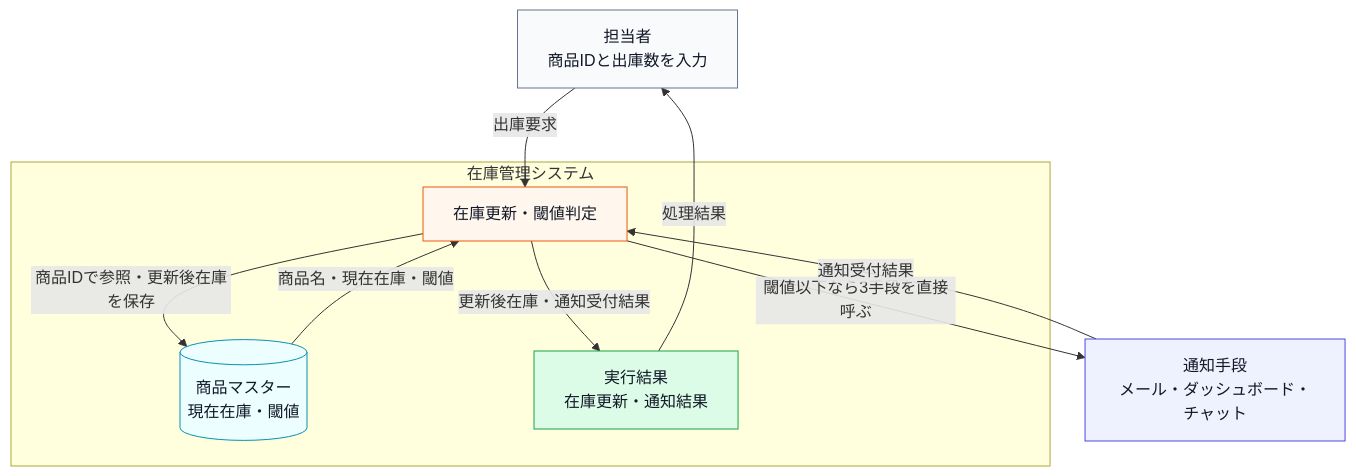
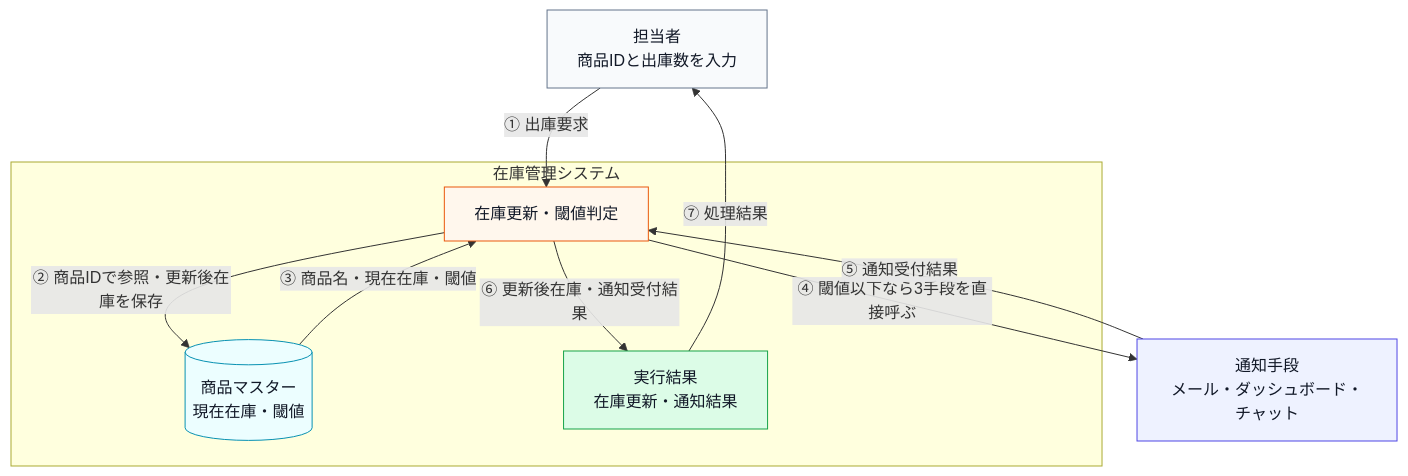
The first of 18 diagrams in kindle/design-patterns/books/volume01-core-patterns/output/05-chapter03.md (kumachan1101-pixel/DesignPattern), drawn with Mermaid before and after one commit. The commit also changed other lines of this file and 17 other files, not shown here.

````diff
--- a/kindle/design-patterns/books/volume01-core-patterns/output/05-chapter03.md
+++ b/kindle/design-patterns/books/volume01-core-patterns/output/05-chapter03.md
@@ -139,28 +140,28 @@
 ```mermaid
 flowchart TB
-    U["担当者<br>商品IDと出庫数を入力"] -->|"出庫要求"| M
+    U["担当者<br>商品IDと出庫数を入力"] -->|"① 出庫要求"| M
 
     subgraph INVENTORY["在庫管理システム"]
         M["在庫更新・閾値判定"]
         P[("商品マスター<br>現在在庫・閾値")]
         R["実行結果<br>在庫更新・通知結果"]
-        M -->|"商品IDで参照・更新後在庫を保存"| P
-        P -->|"商品名・現在在庫・閾値"| M
-        M -->|"更新後在庫・通知受付結果"| R
+        M -->|"② 商品IDで参照・更新後在庫を保存"| P
+        P -->|"③ 商品名・現在在庫・閾値"| M
+        M -->|"⑥ 更新後在庫・通知受付結果"| R
     end
 
-    M -->|"閾値以下なら3手段を直接呼ぶ"| G["通知手段<br>メール・ダッシュボード・チャット"]
-    G -->|"通知受付結果"| M
-    R -->|"処理結果"| U
+    M -->|"④ 閾値以下なら3手段を直接呼ぶ"| G["通知手段<br>メール・ダッシュボード・チャット"]
+    G -->|"⑤ 通知受付結果"| M
+    R -->|"⑦ 処理結果"| U
 
     classDef actor fill:#f8fafc,stroke:#64748b,color:#111827;
     classDef data fill:#ecfeff,stroke:#0891b2,color:#111827;
     classDef process fill:#fff7ed,stroke:#ea580c,color:#111827;
     classDef boundary fill:#eef2ff,stroke:#4f46e5,color:#111827;
     classDef result fill:#dcfce7,stroke:#16a34a,color:#111827;
     class U actor;
     class P data;
     class M process;
     class G boundary;
     class R result;
 ```
````
